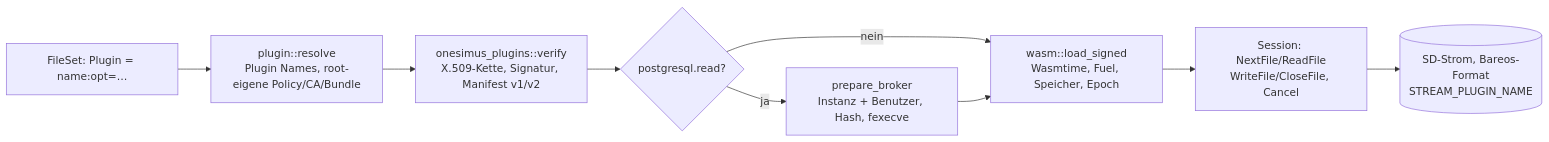
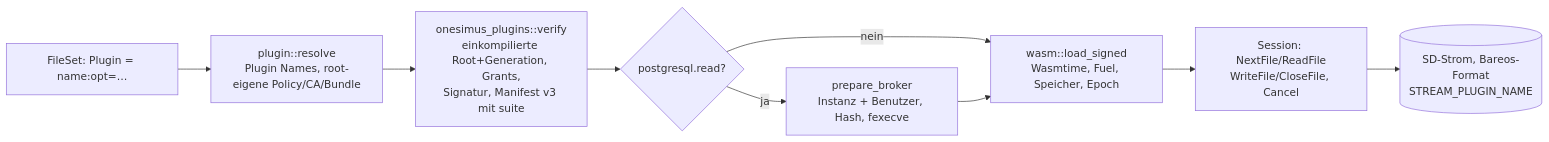
One commit to Beerlesklopfer/onesimus-director changed the diagram in docs/plans/STAND-2026-11-19.md. Above: the diagram before and after it, drawn with Mermaid. The commit also changed other lines of this file and 5 other files, not shown here.

````diff
--- a/docs/plans/STAND-2026-11-19.md
+++ b/docs/plans/STAND-2026-11-19.md
@@ -22,11 +26,11 @@
 ```mermaid
 flowchart LR
     FS["FileSet: Plugin = name:opt=…"] --> R[plugin::resolve<br/>Plugin Names, root-eigene Policy/CA/Bundle]
-    R --> V[onesimus_plugins::verify<br/>X.509-Kette, Signatur, Manifest v1/v2]
+    R --> V[onesimus_plugins::verify<br/>einkompilierte Root+Generation, Grants,<br/>Signatur, Manifest v3 mit suite]
     V --> B{postgresql.read?}
     B -- ja --> PB[prepare_broker<br/>Instanz + Benutzer, Hash, fexecve]
     B -- nein --> W
     PB --> W[wasm::load_signed<br/>Wasmtime, Fuel, Speicher, Epoch]
     W --> S[Session: NextFile/ReadFile<br/>WriteFile/CloseFile, Cancel]
     S --> SD[(SD-Strom, Bareos-Format<br/>STREAM_PLUGIN_NAME)]
 ```
````
